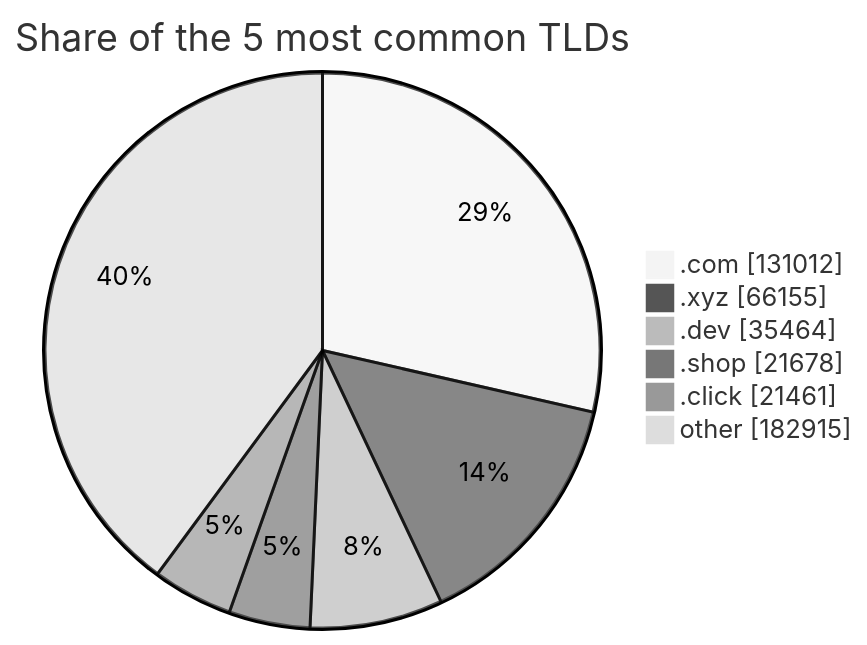
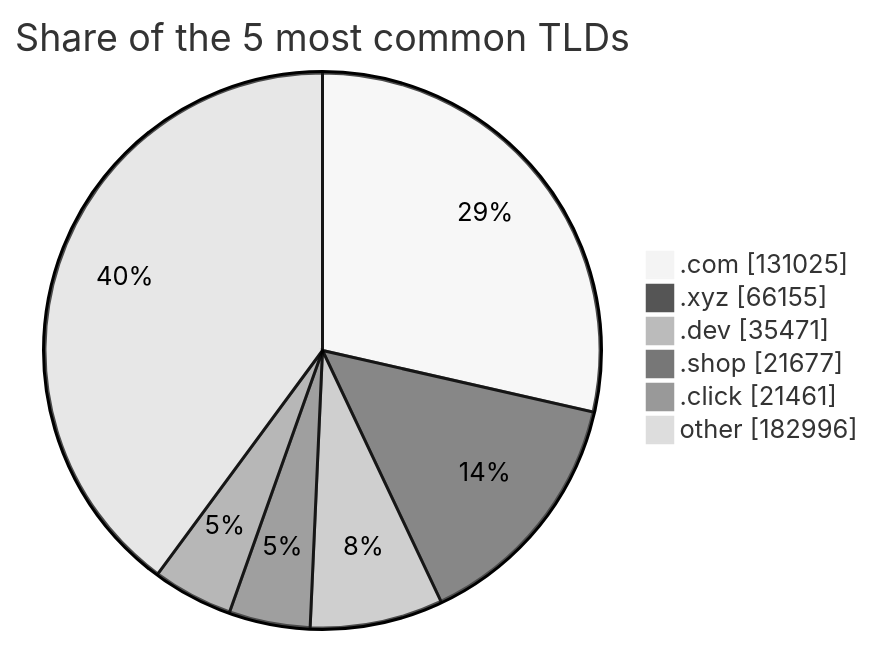
One commit to DNSBunker/CTI changed the third of 3 diagrams in README.md. Above: the diagram before and after it, drawn with Mermaid (neutral theme). The commit also changed other lines of this file and 3 other files, not shown here.

````diff
--- a/README.md
+++ b/README.md
@@ -81,9 +81,9 @@
 ```mermaid
 pie showData title Share of the 5 most common TLDs
-    ".com" : 131012
+    ".com" : 131025
     ".xyz" : 66155
-    ".dev" : 35464
-    ".shop" : 21678
+    ".dev" : 35471
+    ".shop" : 21677
     ".click" : 21461
-    "other" : 182915
+    "other" : 182996
 ```
````
